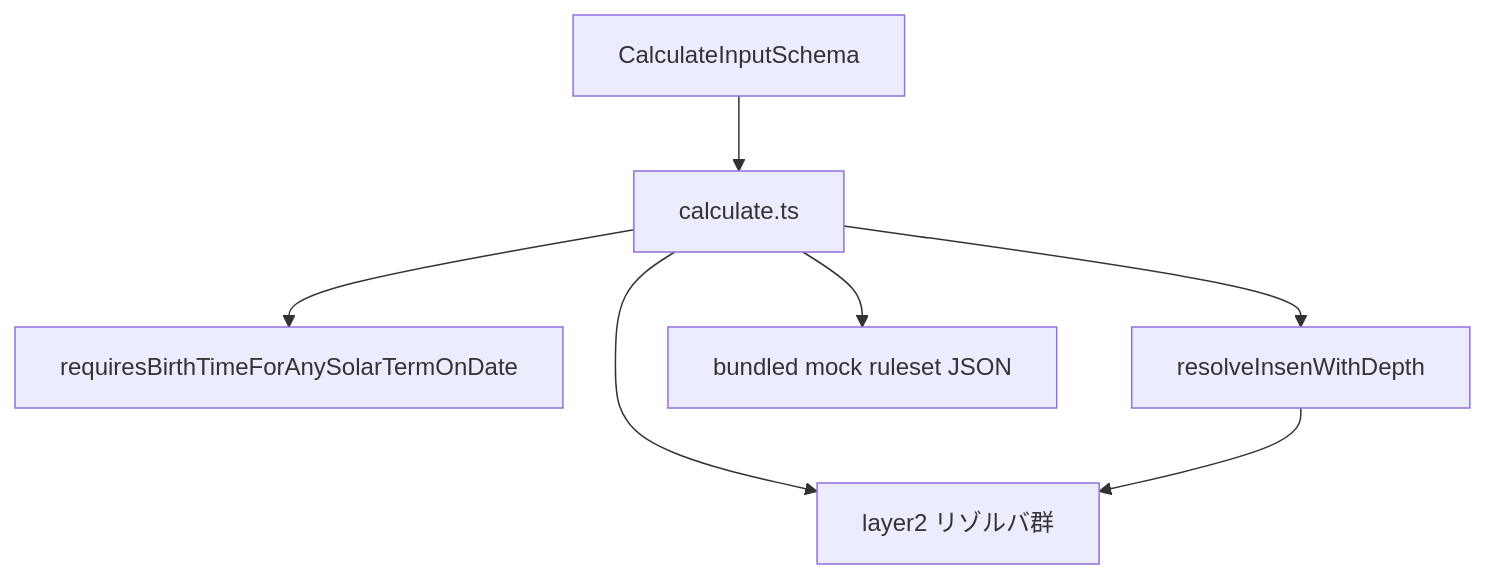
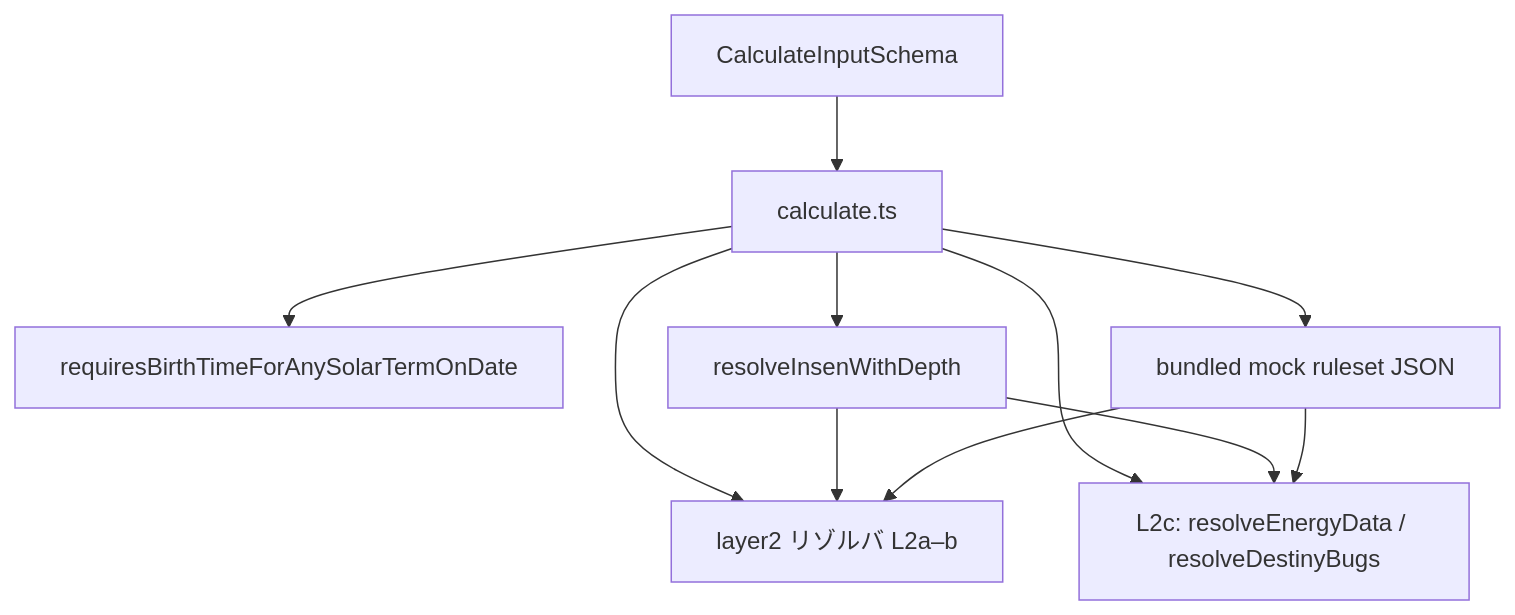
Before and after one commit to DukeGomadango/sanmei-core: the fifth of 7 diagrams in Docs/IMPLEMENTATION.md, drawn with Mermaid. The commit also changed other lines of this file and 1 other file, not shown here.

````diff
--- a/Docs/IMPLEMENTATION.md
+++ b/Docs/IMPLEMENTATION.md
@@ -128,15 +128,20 @@
 ```mermaid
 flowchart TB
   in[CalculateInputSchema]
   calc[calculate.ts]
   req[requiresBirthTimeForAnySolarTermOnDate]
   d1[resolveInsenWithDepth]
   rs[bundled mock ruleset JSON]
-  l2[layer2 リゾルバ群]
+  l2[layer2 リゾルバ L2a–b]
+  l2c[L2c: resolveEnergyData / resolveDestinyBugs]
   in --> calc
   calc --> req
   calc --> d1
   calc --> rs
   calc --> l2
+  calc --> l2c
   d1 --> l2
+  d1 --> l2c
+  rs --> l2
+  rs --> l2c
 ```
````
